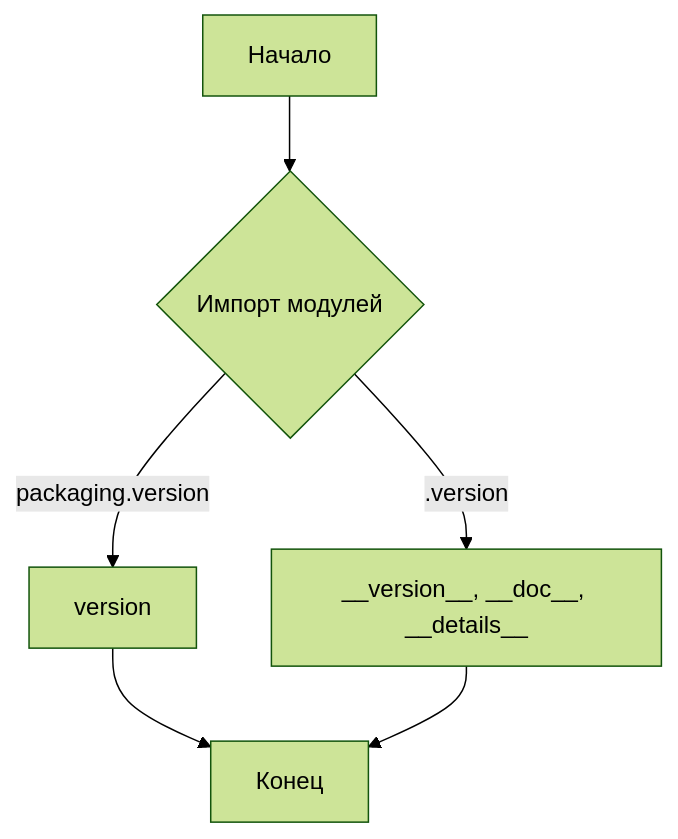
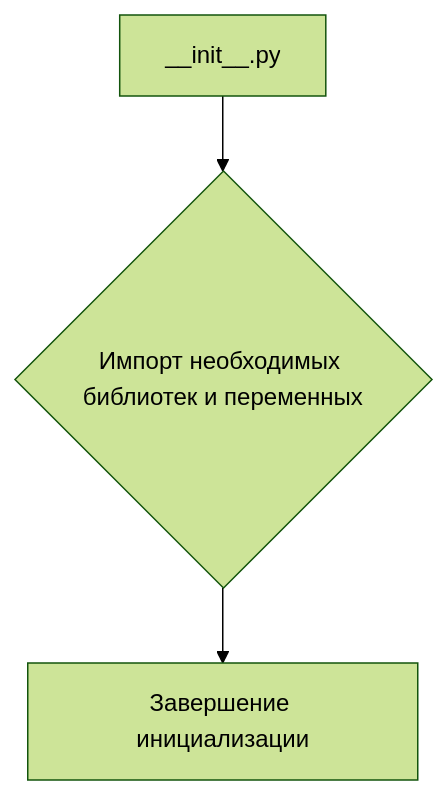
One commit to hypo69/hypo changed the first of 2 diagrams in docs/gemini/ru/explainer/src/webdriver/edge/extentions/__init__.md. Above: the diagram before and after it, drawn with Mermaid (forest theme). The commit also changed other lines of this file and 311 other files, not shown here.

````diff
--- a/docs/gemini/ru/explainer/src/webdriver/edge/extentions/__init__.md
+++ b/docs/gemini/ru/explainer/src/webdriver/edge/extentions/__init__.md
@@ -57,8 +53,5 @@
 ```mermaid
 graph TD
-    A[Начало] --> B{Импорт модулей};
-    B --  packaging.version --> C[version];
-    B --  .version --> D[__version__, __doc__, __details__];
-    C --> E[Конец];
-    D --> E;
+    A[__init__.py] --> B{Импорт необходимых библиотек и переменных};
+    B --> C[Завершение инициализации];
 ```
````
